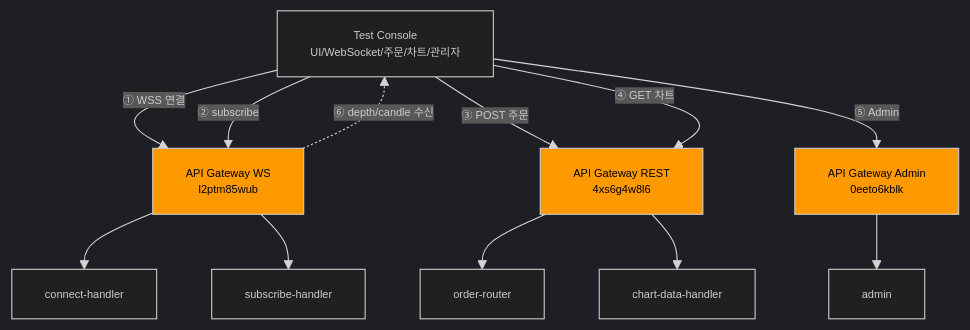
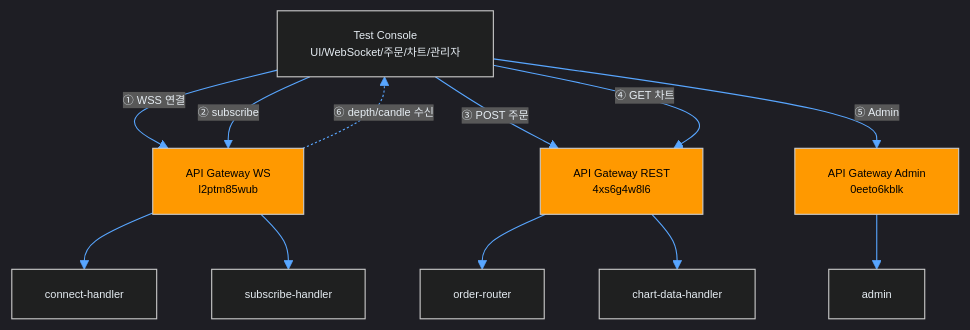
The third of 7 diagrams in AWS_ARCHITECTURE.md (Ustock-Organization/Supeprnoba-Core), drawn with Mermaid before and after one commit. The commit also changed other lines of this file and 3339 other files, not shown here.

````diff
--- a/AWS_ARCHITECTURE.md
+++ b/AWS_ARCHITECTURE.md
@@ -104,33 +104,33 @@
 ```mermaid
-%%{init: {'theme': 'dark', 'themeVariables': { 'fontSize': '10px' }}}%%
+%%{init: {'theme': 'dark', 'themeVariables': { 'fontSize': '10px', 'lineColor': '#58a6ff', 'textColor': '#e6edf3', 'primaryTextColor': '#ffffff', 'primaryBorderColor': '#58a6ff', 'noteTextColor': '#ffffff', 'noteBkgColor': '#161b22', 'secondaryColor': '#30363d', 'tertiaryColor': '#21262d' }}}%%
 flowchart TD
     TC[Test Console<br/>UI/WebSocket/주문/차트/관리자]
     
     WSS[API Gateway WS<br/>l2ptm85wub]
     REST1[API Gateway REST<br/>4xs6g4w8l6]
     REST2[API Gateway Admin<br/>0eeto6kblk]
     
     CONN[connect-handler]
     SUB[subscribe-handler]
     ROUTER[order-router]
     CHARTAPI[chart-data-handler]
     ADMIN[admin]
     
     TC -->|① WSS 연결| WSS
     TC -->|② subscribe| WSS
     TC -->|③ POST 주문| REST1
     TC -->|④ GET 차트| REST1
     TC -->|⑤ Admin| REST2
     
     WSS --> CONN
     WSS --> SUB
     REST1 --> ROUTER
     REST1 --> CHARTAPI
     REST2 --> ADMIN
     
     WSS -.->|⑥ depth/candle 수신| TC
     
     style WSS fill:#FF9900,color:#000
     style REST1 fill:#FF9900,color:#000
     style REST2 fill:#FF9900,color:#000
 ```
````
